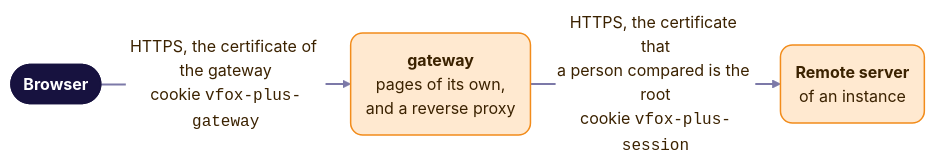
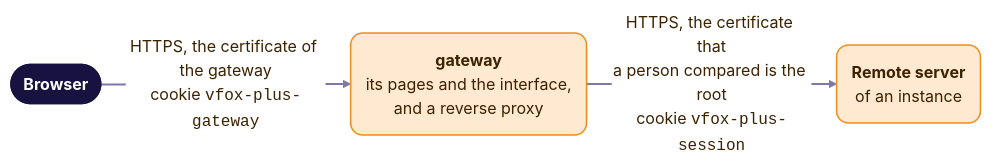
The fifth of 5 diagrams in docs/en/dev/architecture.md (version-fox/vfox-plus), drawn with Mermaid before and after one commit. The commit also changed other lines of this file and 336 other files, not shown here.

First line of the commit message:
Move the phone app to mygo; serve the web interface from the gateway only (#70)

````diff
--- a/docs/en/dev/architecture.md
+++ b/docs/en/dev/architecture.md
@@ -640,33 +636,33 @@
 ```mermaid
 ---
 config:
   theme: base
   themeVariables:
     fontFamily: "system-ui, -apple-system, 'Segoe UI', 'Noto Sans', 'Noto Sans CJK SC', 'PingFang SC', 'Microsoft YaHei', sans-serif"
     lineColor: "#7C79A8"
     primaryColor: "#FFE9D0"
     primaryBorderColor: "#F28C1B"
     primaryTextColor: "#3B2200"
     clusterBkg: "#F4F2FF"
     clusterBorder: "#B9B3F5"
     titleColor: "#1E1470"
     edgeLabelBackground: "#FFFFFF"
   flowchart:
     curve: basis
     wrappingWidth: 320
     subGraphTitleMargin:
       top: 10
       bottom: 8
 ---
 flowchart LR
     accTitle: The two pairings of the gateway
-    accDescr: A browser pairs with the gateway over HTTPS with the certificate of the gateway, and holds the cookie vfox-plus-gateway. The gateway pairs with the remote server of an instance over HTTPS, with the certificate that a person compared as the only root, and holds the cookie vfox-plus-session. The gateway serves pages of its own and forwards the page and the API of the instance.
-    b(["<b>Browser</b>"]) -->|"HTTPS, the certificate of the gateway<br/>cookie <code>vfox-plus-gateway</code>"| g("<b>gateway</b><br/>pages of its own,<br/>and a reverse proxy")
+    accDescr: A browser pairs with the gateway over HTTPS with the certificate of the gateway, and holds the cookie vfox-plus-gateway. The gateway pairs with the remote server of an instance over HTTPS, with the certificate that a person compared as the only root, and holds the cookie vfox-plus-session. The gateway serves pages of its own and the page of the interface, and forwards the API of the instance.
+    b(["<b>Browser</b>"]) -->|"HTTPS, the certificate of the gateway<br/>cookie <code>vfox-plus-gateway</code>"| g("<b>gateway</b><br/>its pages and the interface,<br/>and a reverse proxy")
     g -->|"HTTPS, the certificate that<br/>a person compared is the root<br/>cookie <code>vfox-plus-session</code>"| r("<b>Remote server</b><br/>of an instance")
 
     classDef own fill:#FFE9D0,stroke:#F28C1B,color:#3B2200,stroke-width:1.5px,rx:12,ry:12
     classDef client fill:#17123F,stroke:#17123F,color:#FFFFFF,stroke-width:1.5px
     class g,r own
     class b client
     linkStyle default stroke-width:2px
 ```
````
